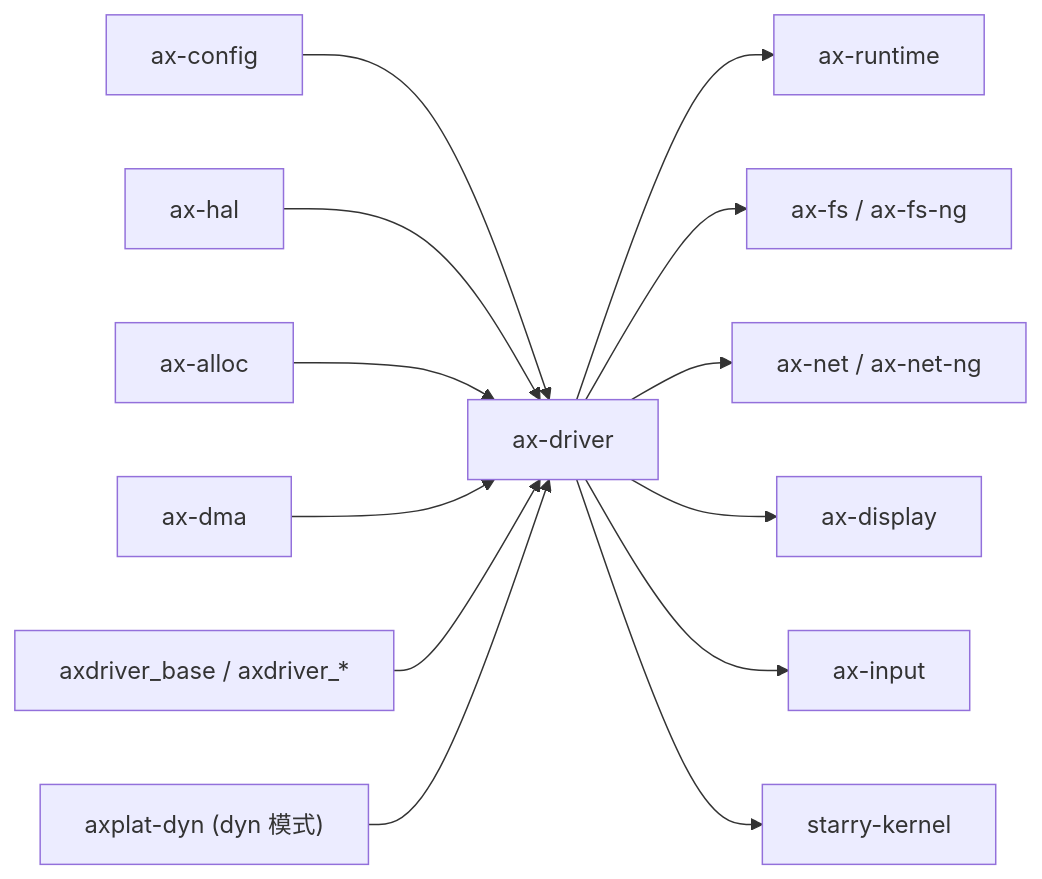
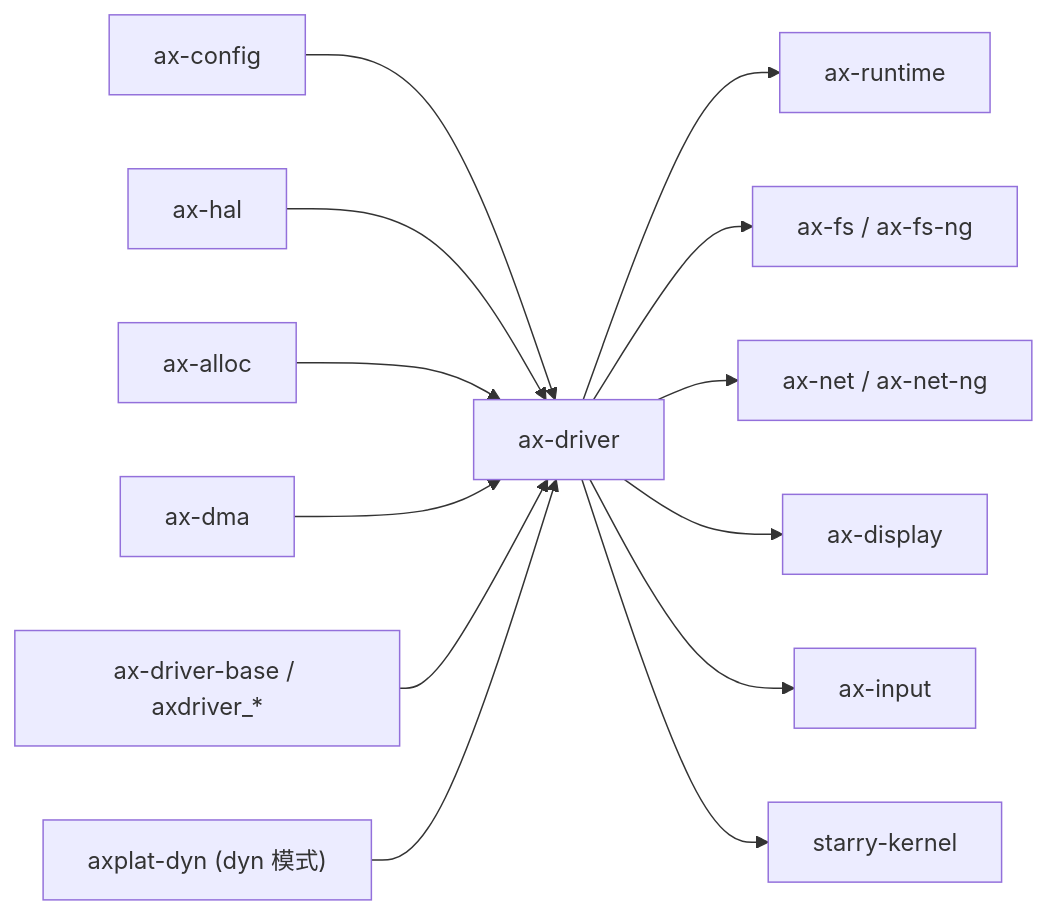
The second of 2 diagrams in docs/crates/ax-driver.md (zKurisu/tgoskits), drawn with Mermaid before and after one commit. The commit also changed other lines of this file and 61 other files, not shown here.

Commit message:
rename axdriver_base to ax-driver-base

````diff
--- a/docs/crates/ax-driver.md
+++ b/docs/crates/ax-driver.md
@@ -124,16 +124,16 @@
 ```mermaid
 graph LR
     axconfig["ax-config"] --> ax-driver["ax-driver"]
     ax-hal["ax-hal"] --> ax-driver
     ax-alloc["ax-alloc"] --> ax-driver
     ax_dma["ax-dma"] --> ax-driver
-    axdriver_base["axdriver_base / axdriver_*"] --> ax-driver
+    ax_driver_base["ax-driver-base / axdriver_*"] --> ax-driver
     axplat_dyn["axplat-dyn (dyn 模式)"] --> ax-driver
 
     ax-driver --> ax-runtime["ax-runtime"]
     ax-driver --> ax-fs["ax-fs / ax-fs-ng"]
     ax-driver --> ax-net["ax-net / ax-net-ng"]
     ax-driver --> ax-display["ax-display"]
     ax-driver --> ax-input["ax-input"]
     ax-driver --> starry_kernel["starry-kernel"]
 ```
````
